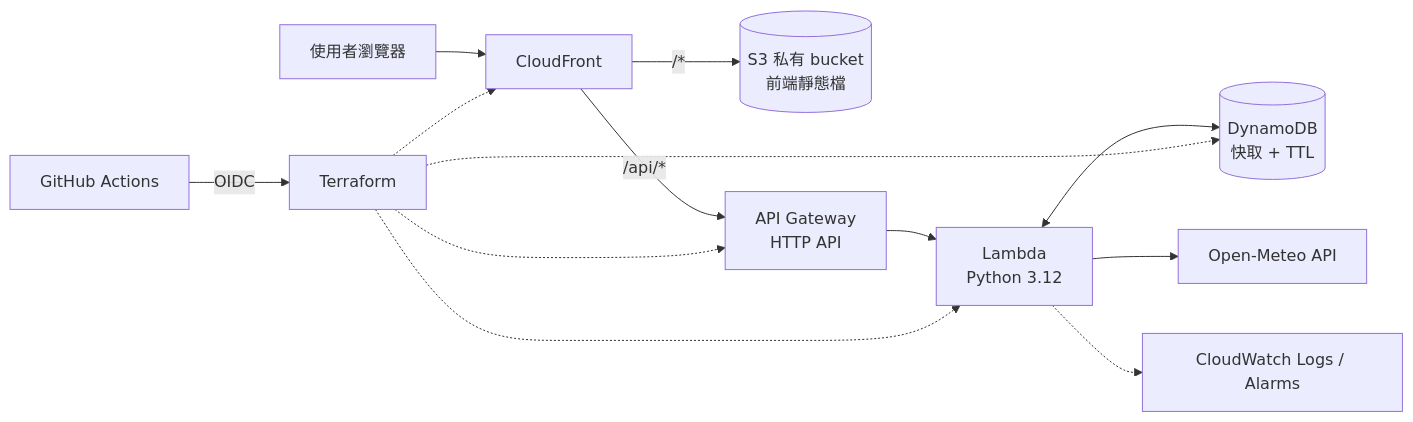
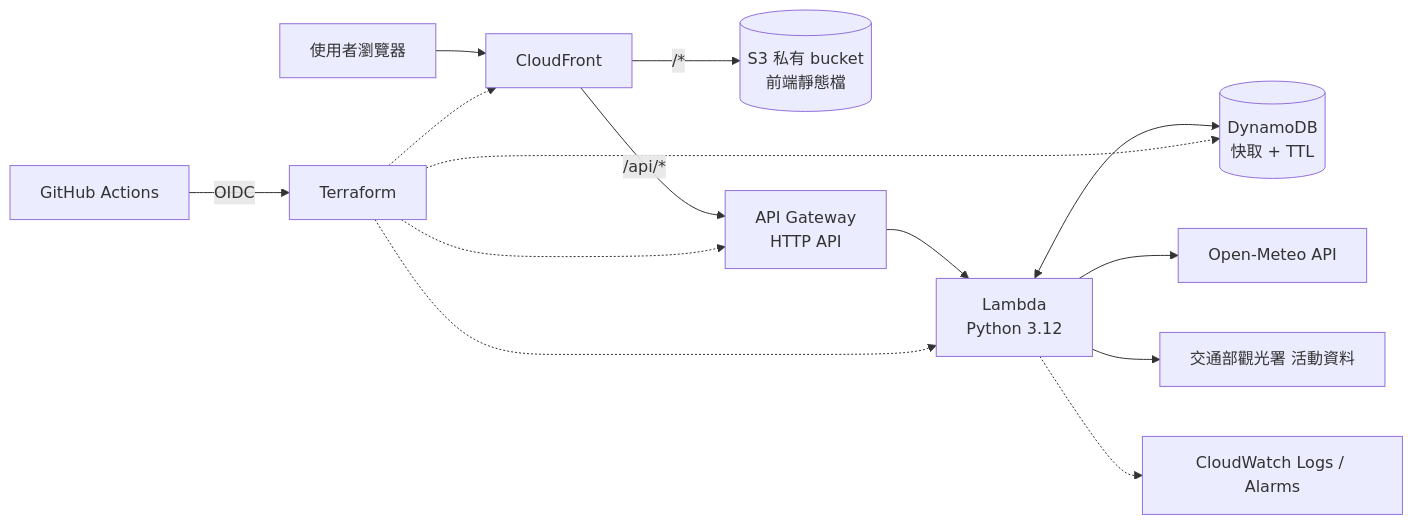
Before and after one commit to kaisensei1206/weathercast-cloud: the second of 2 diagrams in README.md, drawn with Mermaid. The commit also changed other lines of this file and 26 other files, not shown here.

````diff
--- a/README.md
+++ b/README.md
@@ -84,11 +85,12 @@
 ```mermaid
 flowchart LR
   U[使用者瀏覽器] --> CF[CloudFront]
   CF -- "/*" --> S3[(S3 私有 bucket<br/>前端靜態檔)]
   CF -- "/api/*" --> APIGW[API Gateway<br/>HTTP API]
   APIGW --> L[Lambda<br/>Python 3.12]
   L <--> DDB[(DynamoDB<br/>快取 + TTL)]
   L --> OM[Open-Meteo API]
+  L --> TW[交通部觀光署 活動資料]
   L -.-> CW[CloudWatch Logs / Alarms]
   GA[GitHub Actions] -- OIDC --> TF[Terraform] -.-> CF & APIGW & L & DDB
 ```
````
